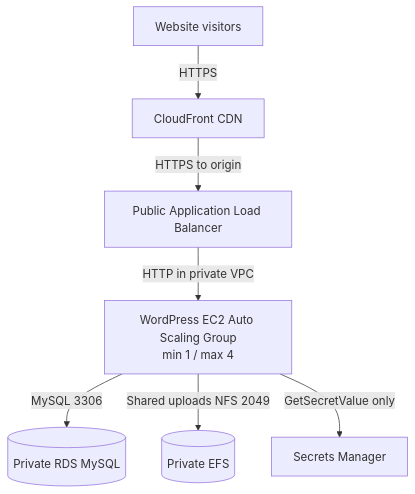
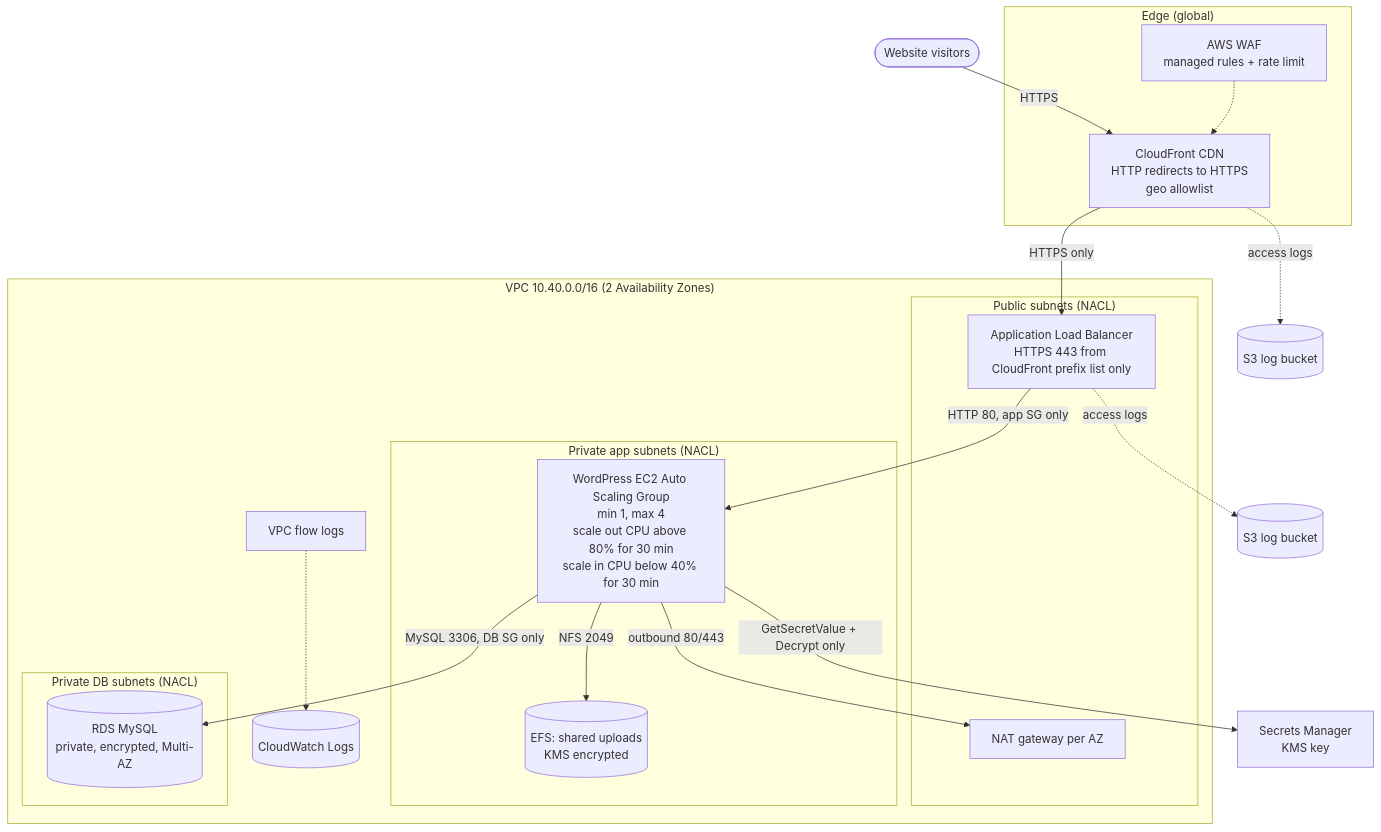
The first of 2 diagrams in README.md (HagemaruThetha/WPApplication), drawn with Mermaid before and after one commit. The commit also changed other lines of this file and 6 other files, not shown here.

First line of the commit message:
Polish submission: richer diagrams, module structure docs, NAT NACL rule, refreshed evidence

````diff
--- a/README.md
+++ b/README.md
@@ -7,9 +7,29 @@
 ```mermaid
-flowchart TD
-    Visitor[Website visitors] -->|HTTPS| CF[CloudFront CDN]
-    CF -->|HTTPS to origin| ALB[Public Application Load Balancer]
-    ALB -->|HTTP in private VPC| ASG[WordPress EC2 Auto Scaling Group\nmin 1 / max 4]
-    ASG -->|MySQL 3306| RDS[(Private RDS MySQL)]
-    ASG -->|Shared uploads NFS 2049| EFS[(Private EFS)]
-    ASG -->|GetSecretValue only| SM[Secrets Manager]
+flowchart TB
+    V([Website visitors]) -->|HTTPS| CF
+    subgraph EDGE["Edge (global)"]
+        WAF[AWS WAF<br/>managed rules + rate limit] -.-> CF[CloudFront CDN<br/>HTTP redirects to HTTPS<br/>geo allowlist]
+    end
+    CF -->|HTTPS only| ALB
+    CF -.->|access logs| S3C[(S3 log bucket)]
+    subgraph VPC["VPC 10.40.0.0/16 (2 Availability Zones)"]
+        subgraph PUB["Public subnets (NACL)"]
+            ALB[Application Load Balancer<br/>HTTPS 443 from CloudFront prefix list only]
+            NAT[NAT gateway per AZ]
+        end
+        subgraph APP["Private app subnets (NACL)"]
+            ASG[WordPress EC2 Auto Scaling Group<br/>min 1, max 4<br/>scale out CPU above 80% for 30 min<br/>scale in CPU below 40% for 30 min]
+            EFS[(EFS: shared uploads<br/>KMS encrypted)]
+        end
+        subgraph DB["Private DB subnets (NACL)"]
+            RDS[(RDS MySQL<br/>private, encrypted, Multi-AZ)]
+        end
+        FL[VPC flow logs] -.-> CW[(CloudWatch Logs)]
+    end
+    ALB -->|HTTP 80, app SG only| ASG
+    ASG -->|MySQL 3306, DB SG only| RDS
+    ASG -->|NFS 2049| EFS
+    ASG -->|outbound 80/443| NAT
+    ALB -.->|access logs| S3A[(S3 log bucket)]
+    ASG -->|GetSecretValue + Decrypt only| SM[Secrets Manager<br/>KMS key]
 ```
````
